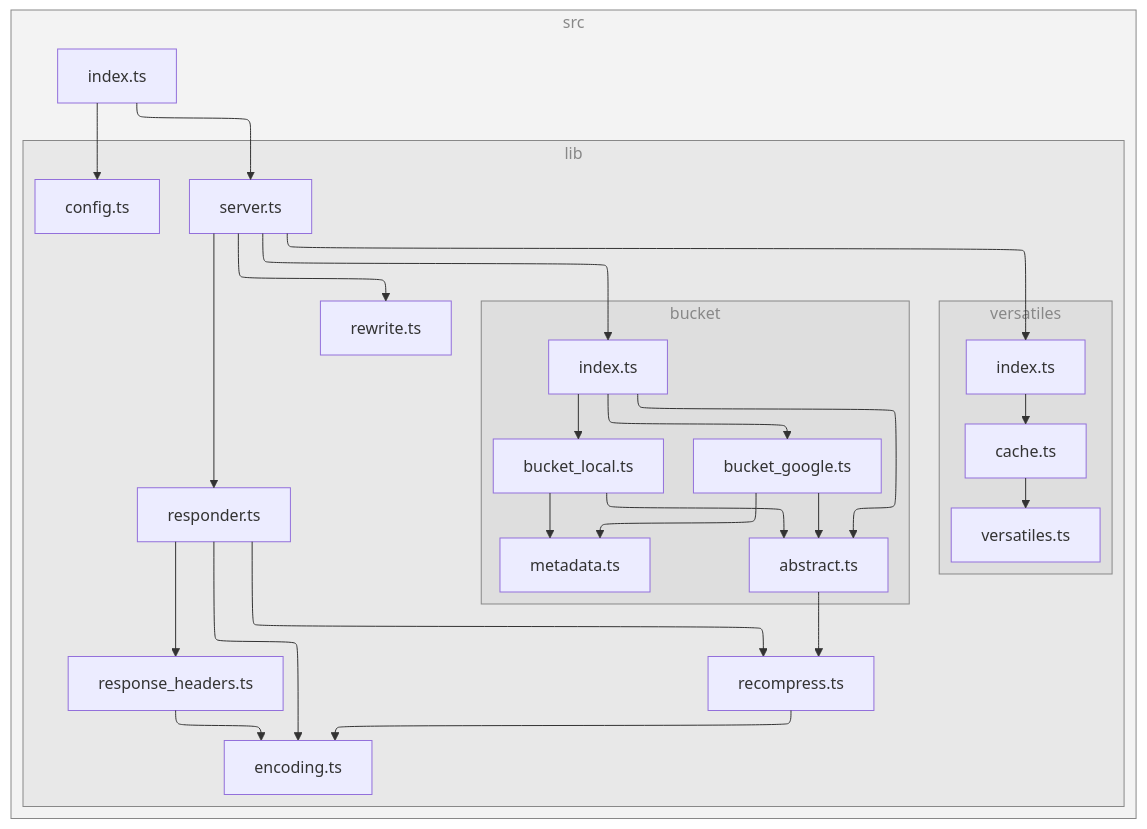
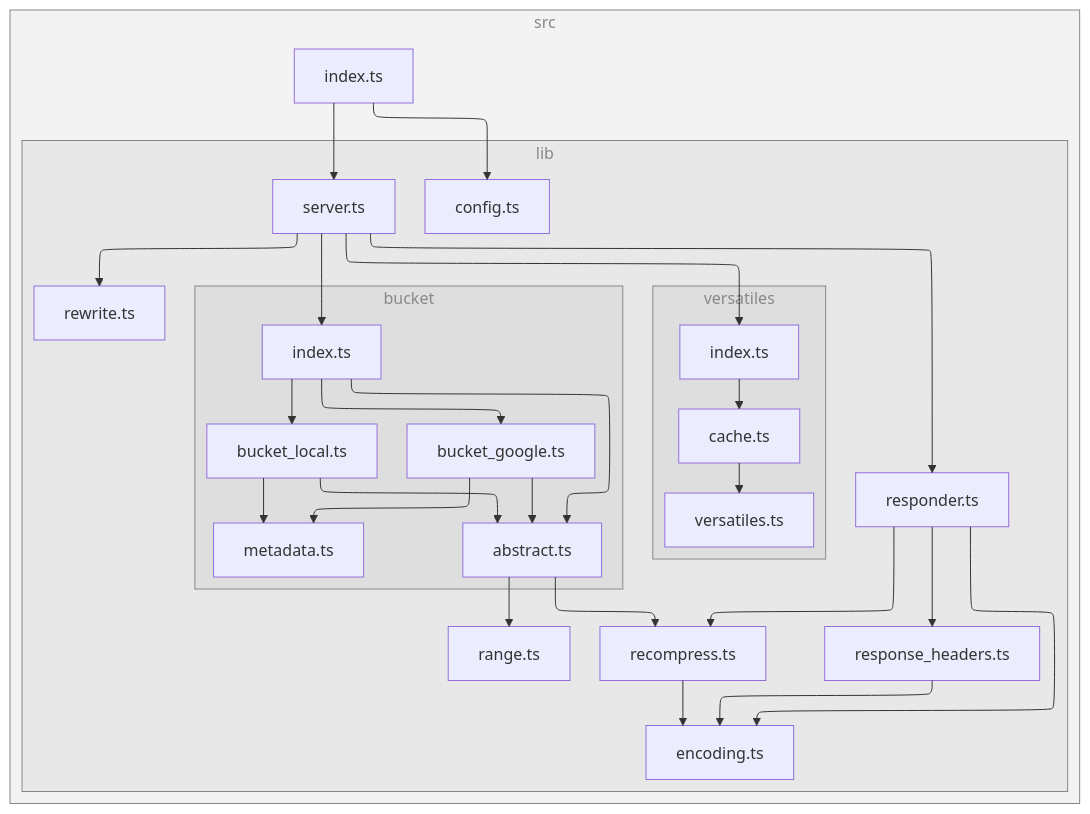
The diagram in README.md (versatiles-org/node-versatiles-google-cloud), drawn with Mermaid before and after one commit.

Commit message:
docs: update diagram in README

````diff
--- a/README.md
+++ b/README.md
@@ -318,56 +318,58 @@
 ```mermaid
 ---
 config:
   layout: elk
 ---
 flowchart TB
 
 subgraph 0["src"]
 1["index.ts"]
 subgraph 2["lib"]
 3["config.ts"]
 4["server.ts"]
 subgraph 5["bucket"]
 6["index.ts"]
 7["abstract.ts"]
-A["bucket_google.ts"]
-B["metadata.ts"]
-C["bucket_local.ts"]
+B["bucket_google.ts"]
+C["metadata.ts"]
+D["bucket_local.ts"]
 end
-8["recompress.ts"]
-9["encoding.ts"]
-D["responder.ts"]
-E["response_headers.ts"]
-F["rewrite.ts"]
-subgraph G["versatiles"]
-H["index.ts"]
-I["cache.ts"]
-J["versatiles.ts"]
+8["range.ts"]
+9["recompress.ts"]
+A["encoding.ts"]
+E["responder.ts"]
+F["response_headers.ts"]
+G["rewrite.ts"]
+subgraph H["versatiles"]
+I["index.ts"]
+J["cache.ts"]
+K["versatiles.ts"]
 end
 end
 end
 1-->3
 1-->4
 4-->6
-4-->D
-4-->F
-4-->H
+4-->E
+4-->G
+4-->I
 6-->7
-6-->A
-6-->C
+6-->B
+6-->D
 7-->8
-8-->9
-A-->7
-A-->B
-C-->7
-C-->B
-D-->9
-D-->8
-D-->E
+7-->9
+9-->A
+B-->7
+B-->C
+D-->7
+D-->C
+E-->A
 E-->9
-H-->I
+E-->F
+F-->A
 I-->J
+J-->K
 
-class 0,2,5,G subgraphs;
+class 0,2,5,H subgraphs;
 classDef subgraphs fill-opacity:0.1, fill:#888, color:#888, stroke:#888;
 ```
````
